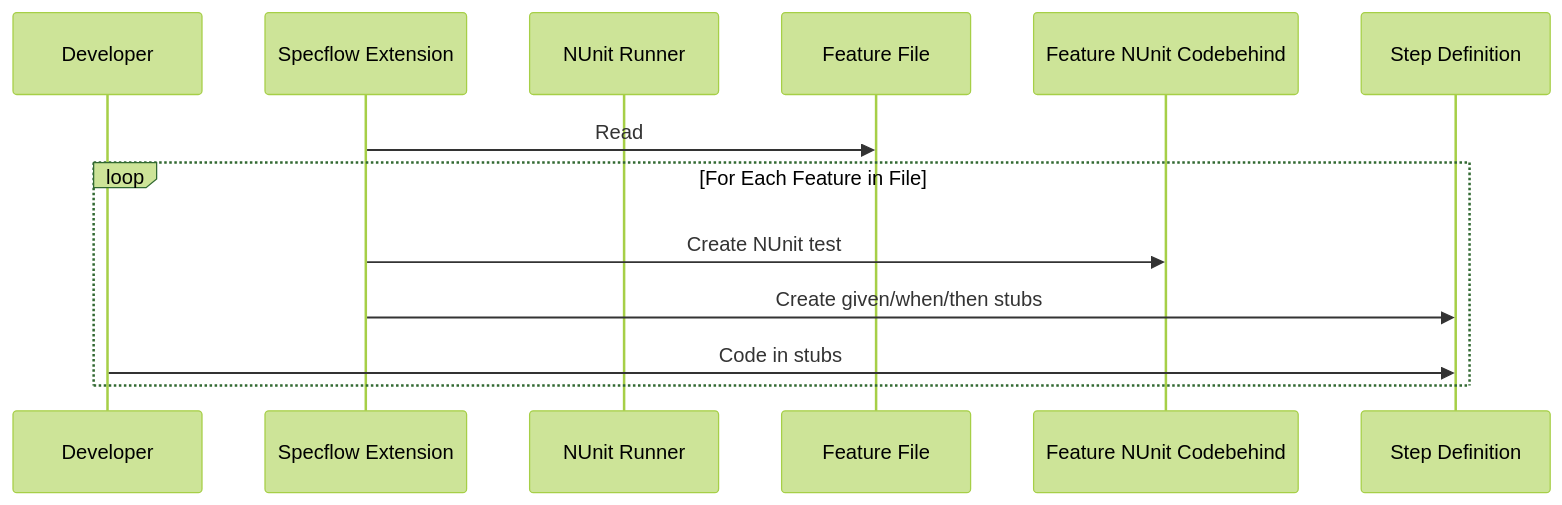
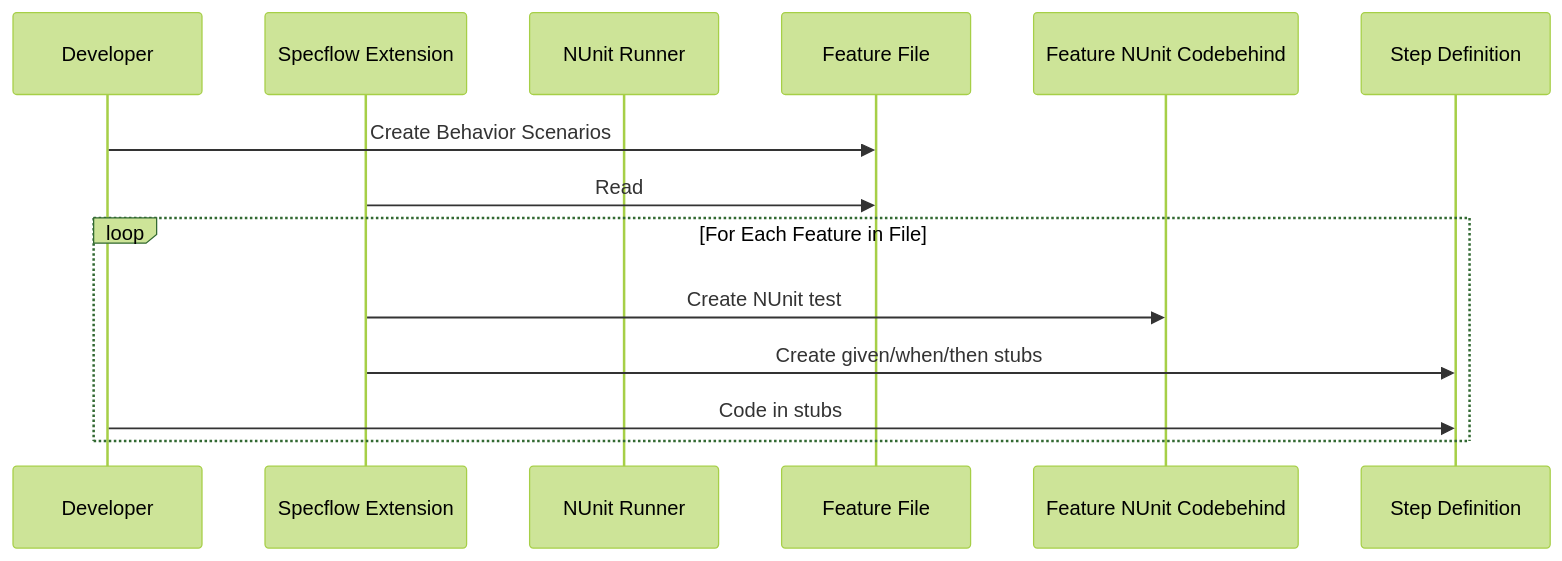
One commit to freemansoft/SimpleWebUITestEnvironment changed the second of 3 diagrams in README.md. Above: the diagram before and after it, drawn with Mermaid (forest theme).

Commit message:
More changes identified by talk

````diff
--- a/README.md
+++ b/README.md
@@ -23,16 +23,17 @@
 ```mermaid
 sequenceDiagram
     participant Developer
     participant Specflow Extension
     participant NUnit Runner
     participant Feature File
     participant Feature NUnit Codebehind
     participant Step Definition
 
+    Developer ->> Feature File: Create Behavior Scenarios
     Specflow Extension ->> Feature File: Read
     loop For Each Feature in File
         Specflow Extension ->> Feature NUnit Codebehind : Create NUnit test
         Specflow Extension ->> Step Definition : Create given/when/then stubs
         Developer ->> Step Definition : Code in stubs
     end    
 ```
````
